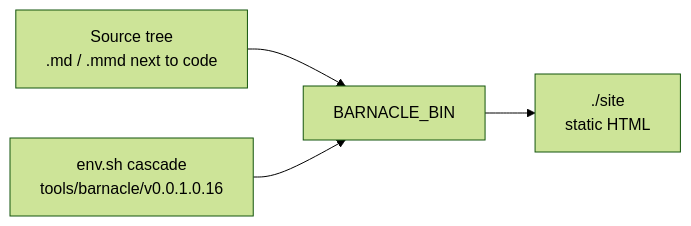
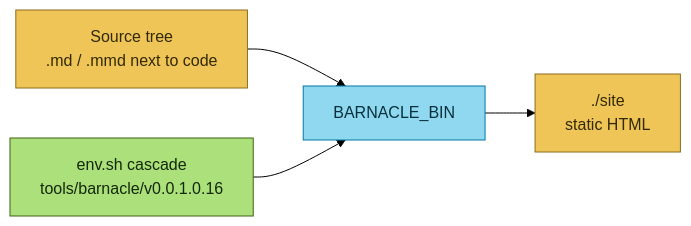
The diagram in scripts/docs.sh.md (fordaj/barnacle), drawn with Mermaid (forest theme) before and after one commit. The commit also changed 23 other files, not shown here.

````diff
--- a/scripts/docs.sh.md
+++ b/scripts/docs.sh.md
@@ -3,7 +3,13 @@
 ```mermaid
 flowchart LR
-    Src[Source tree<br/>.md / .mmd next to code] --> Barnacle[BARNACLE_BIN]
-    Cascade[env.sh cascade<br/>tools/barnacle/v0.0.1.0.16] --> Barnacle
-    Barnacle --> Site[./site<br/>static HTML]
+    Src["Source tree<br/>.md / .mmd next to code"] --> Barnacle[BARNACLE_BIN]
+    Cascade["env.sh cascade<br/>tools/barnacle/v0.0.1.0.16"] --> Barnacle
+    Barnacle --> Site["./site<br/>static HTML"]
     click Cascade href "env.sh.md"
+    class Src,Site folder
+    class Cascade shFile
+    class Barnacle goFile
+    classDef folder fill:#f0c558,stroke:#8a6d1c,color:#332a05
+    classDef shFile fill:#abe07a,stroke:#3f6212,color:#16280a
+    classDef goFile fill:#8fd8ef,stroke:#0277a8,color:#08303d
 ```
````
